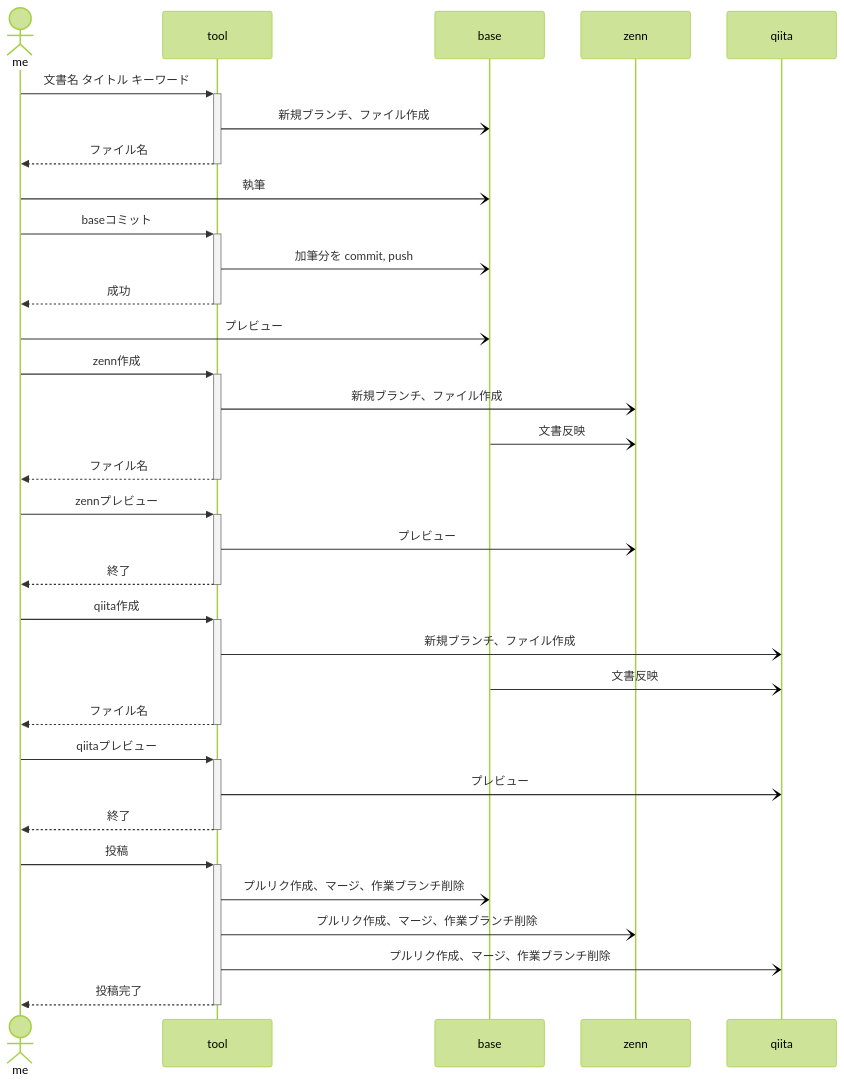
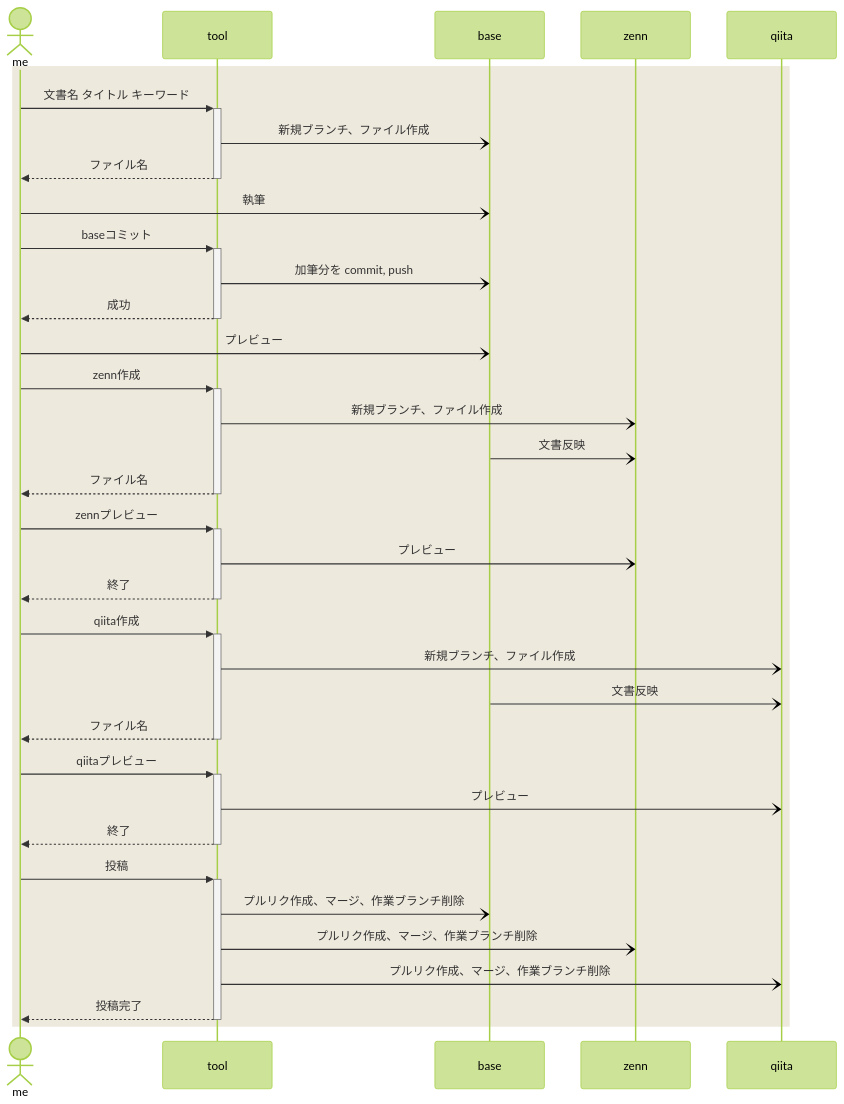
Before and after one commit to nyosak/article-zenn-doc: the first of 6 diagrams in articles/70530_publish_zenn_qiita-16575.md, drawn with Mermaid. The commit also changed other lines of this file, not shown here.

````diff
--- a/articles/70530_publish_zenn_qiita-16575.md
+++ b/articles/70530_publish_zenn_qiita-16575.md
@@ -22,53 +22,57 @@
 ```mermaid
 %%{init:
 	{
 		"theme": "forest",
 		"logLevel": 2
 	}
 }%%
 
 sequenceDiagram
+
+rect rgb(238, 233, 221)
 
 Actor me
 participant tool
 participant base
 participant zenn
 participant qiita
 
 me->>+tool: 文書名 タイトル キーワード
 tool-)base: 新規ブランチ、ファイル作成
 tool-->>-me: ファイル名
 
 me-)base: 執筆
 
 me->>+tool: baseコミット
 tool-)base: 加筆分を commit, push
 tool-->>-me: 成功
 
 me-)base: プレビュー
 
 me->>+tool: zenn作成
 tool-)zenn: 新規ブランチ、ファイル作成
 base-)zenn: 文書反映
 tool-->>-me: ファイル名
 
 me->>+tool: zennプレビュー
 tool-)zenn: プレビュー
 tool-->>-me: 終了
 
 me->>+tool: qiita作成
 tool-)qiita: 新規ブランチ、ファイル作成
 base-)qiita: 文書反映
 tool-->>-me: ファイル名
 
 me->>+tool: qiitaプレビュー
 tool-)qiita: プレビュー
 tool-->>-me: 終了
 
 me->>+tool: 投稿
 tool-)base: プルリク作成、マージ、作業ブランチ削除
 tool-)zenn: プルリク作成、マージ、作業ブランチ削除
 tool-)qiita: プルリク作成、マージ、作業ブランチ削除
 tool-->>-me: 投稿完了
 
+end
+
 ```
````
